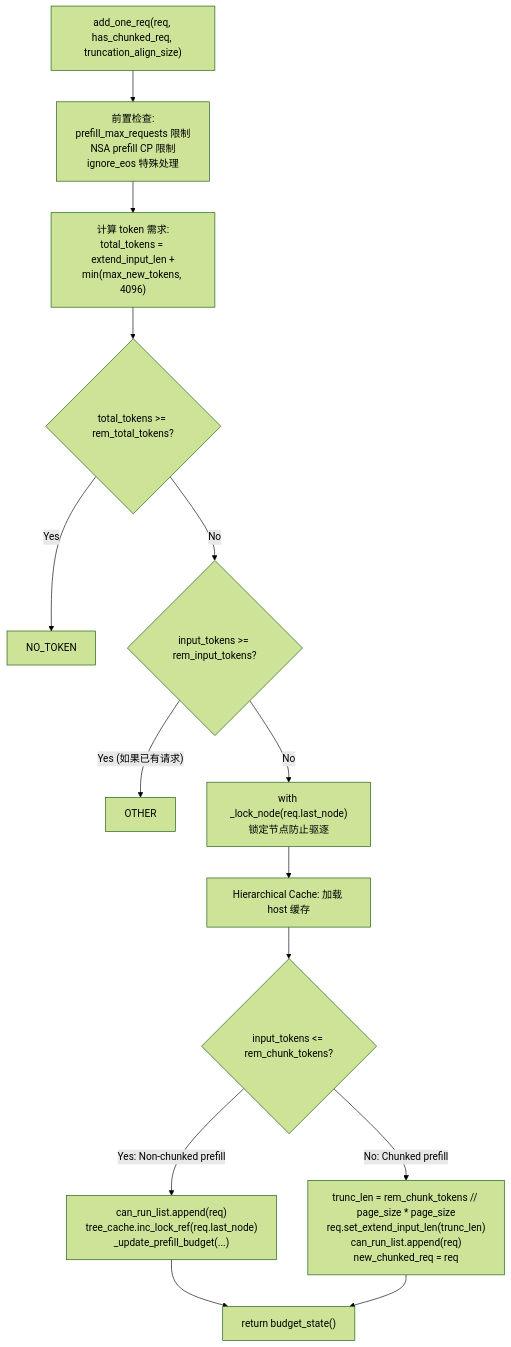
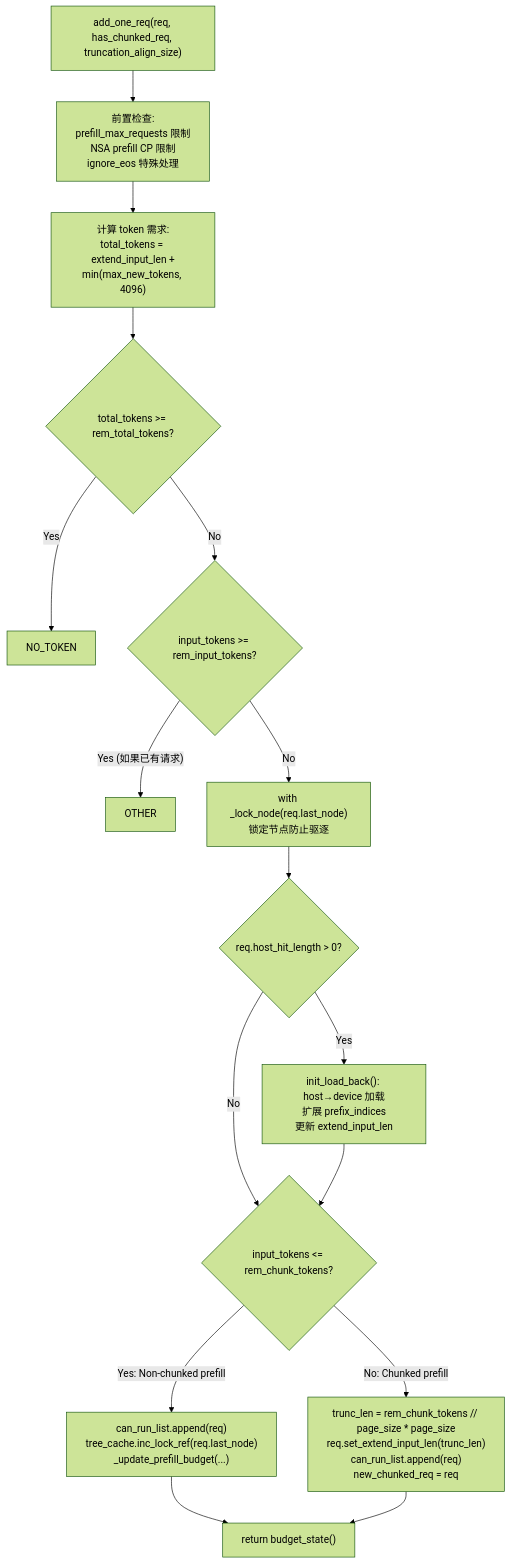
Before and after one commit to wesleyck/AIInfraNotes: the sixth of 7 diagrams in content/SGLang/04_schedule_policy.md, drawn with Mermaid (forest theme). The commit also changed other lines of this file and 7 other files, not shown here.

````diff
--- a/content/SGLang/04_schedule_policy.md
+++ b/content/SGLang/04_schedule_policy.md
@@ -323,19 +310,21 @@
 ```mermaid
 flowchart TB
     Entry["add_one_req(req, has_chunked_req, truncation_align_size)"] --> PreCheck["前置检查:<br/>prefill_max_requests 限制<br/>NSA prefill CP 限制<br/>ignore_eos 特殊处理"]
     PreCheck --> CalcTokens["计算 token 需求:<br/>total_tokens = extend_input_len +<br/>min(max_new_tokens, 4096)"]
     CalcTokens --> BudgetCheck1{"total_tokens >= rem_total_tokens?"}
     BudgetCheck1 -->|Yes| NoToken["NO_TOKEN"]
     BudgetCheck1 -->|No| BudgetCheck2{"input_tokens >= rem_input_tokens?"}
     BudgetCheck2 -->|"Yes (如果已有请求)"| Other["OTHER"]
     BudgetCheck2 -->|No| LockNode["with _lock_node(req.last_node)<br/>锁定节点防止驱逐"]
 
-    LockNode --> HierCache["Hierarchical Cache: 加载 host 缓存"]
+    LockNode --> HostCheck{"req.host_hit_length > 0?"}
+    HostCheck -->|Yes| HierCache["init_load_back(): host→device 加载<br/>扩展 prefix_indices<br/>更新 extend_input_len"]
+    HostCheck -->|No| ChunkCheck
     HierCache --> ChunkCheck{"input_tokens <= rem_chunk_tokens?"}
 
     ChunkCheck -->|"Yes: Non-chunked prefill"| AddRun["can_run_list.append(req)<br/>tree_cache.inc_lock_ref(req.last_node)<br/>_update_prefill_budget(...)"]
     ChunkCheck -->|"No: Chunked prefill"| TruncCalc["trunc_len = rem_chunk_tokens // page_size * page_size<br/>req.set_extend_input_len(trunc_len)<br/>can_run_list.append(req)<br/>new_chunked_req = req"]
 
     AddRun --> RetState["return budget_state()"]
     TruncCalc --> RetState
 ```
````
